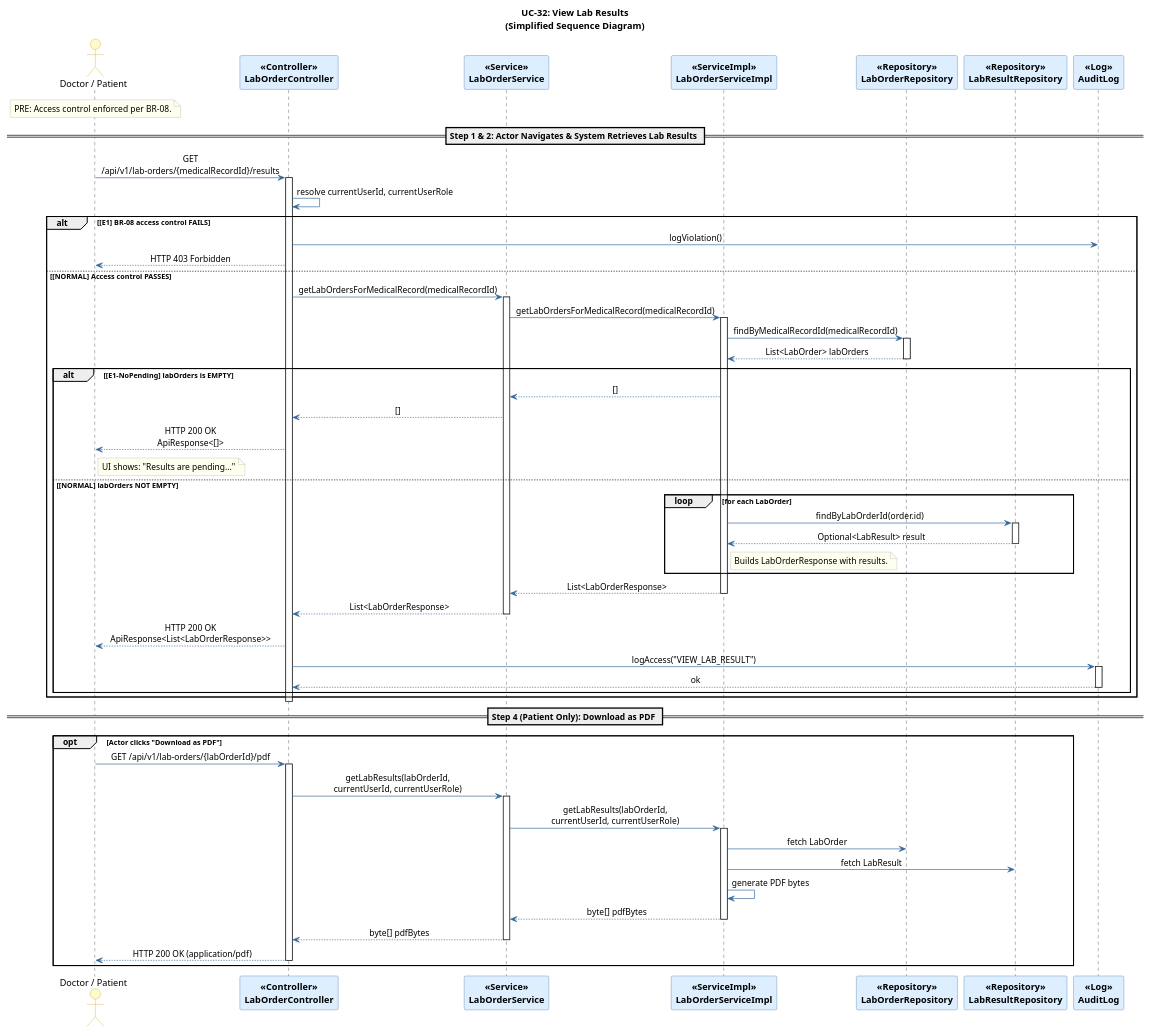
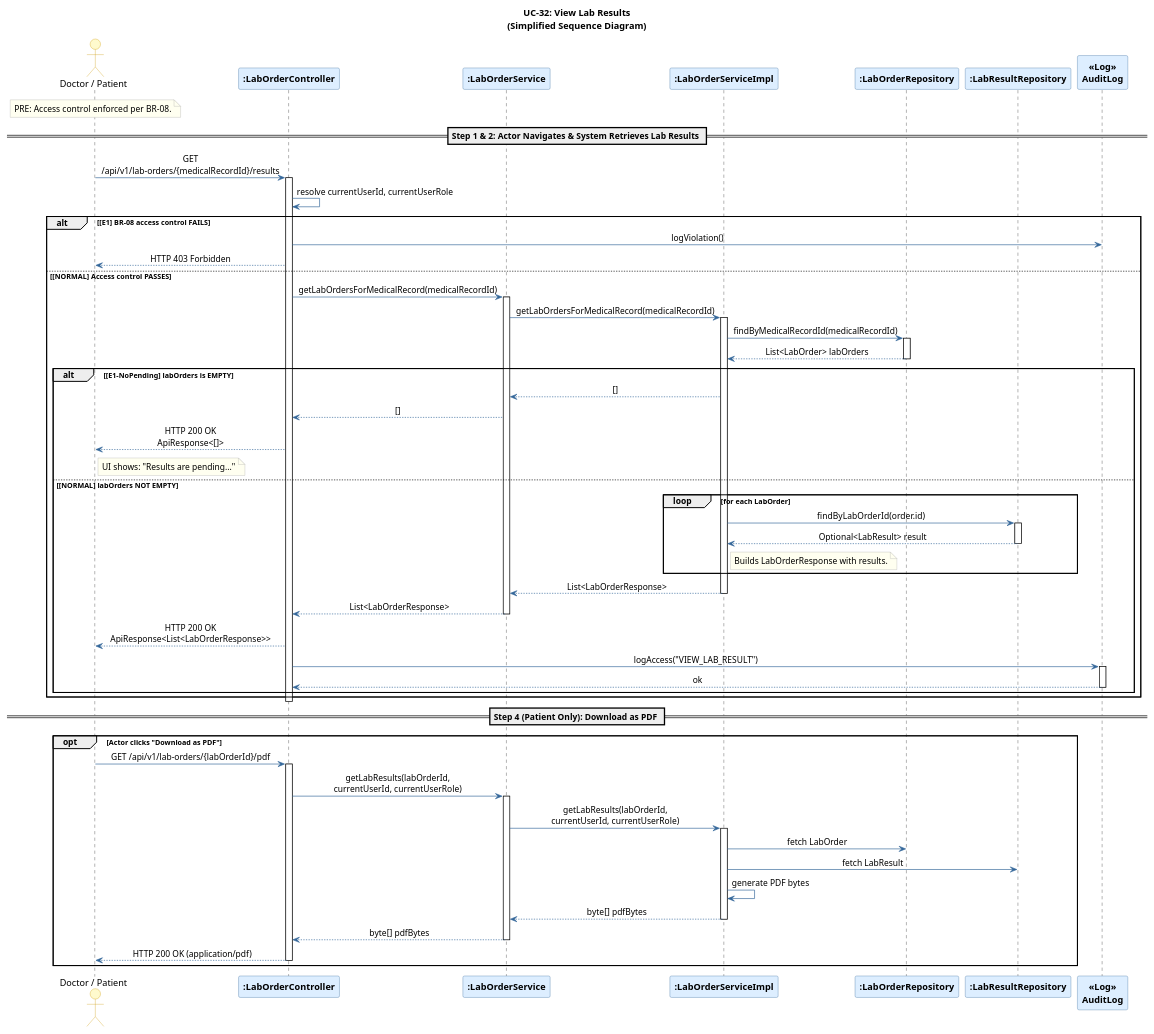
The diagram in docs/diagrams/UC32_ViewLabResults_SequenceDiagram.puml (Dmh304/Clinic-Management-System), drawn with PlantUML before and after one commit. The commit also changed 28 other files, not shown here.

```diff
--- a/docs/diagrams/UC32_ViewLabResults_SequenceDiagram.puml
+++ b/docs/diagrams/UC32_ViewLabResults_SequenceDiagram.puml
@@ -1,120 +1,120 @@
 @startuml UC32_ViewLabResults_SequenceDiagram
 <style>
 document {
   ParticipantPadding 10
   BoxPadding 10
 }
 </style>
 
 skinparam sequenceMessageAlign center
 skinparam responseMessageBelowArrow true
 skinparam maxMessageSize 250
 
 skinparam participant {
     BackgroundColor #DDEEFF
     BorderColor     #336699
     FontStyle       bold
 }
 skinparam actor {
     BackgroundColor #FFFACD
     BorderColor     #CC9900
 }
 skinparam note {
     BackgroundColor #FFFFF0
     BorderColor     #AAAAAA
 }
 skinparam ArrowColor #336699
 skinparam LifeLineBorderColor #336699
 
 title UC-32: View Lab Results\n(Simplified Sequence Diagram)
 
 actor       "Doctor / Patient"                                  as Actor
-participant "<<Controller>>\nLabOrderController"           as LC
-participant "<<Service>>\nLabOrderService"               as LS
-participant "<<ServiceImpl>>\nLabOrderServiceImpl"       as LSImpl
-participant "<<Repository>>\nLabOrderRepository"                as LORepo
-participant "<<Repository>>\nLabResultRepository"               as LRRepo
+participant ":LabOrderController"           as LC
+participant ":LabOrderService"               as LS
+participant ":LabOrderServiceImpl"       as LSImpl
+participant ":LabOrderRepository"                as LORepo
+participant ":LabResultRepository"               as LRRepo
 participant "<<Log>>\nAuditLog"                                 as Audit
 
 note over Actor
   PRE: Access control enforced per BR-08.
 end note
 
 == Step 1 & 2: Actor Navigates & System Retrieves Lab Results ==
 Actor -> LC : GET /api/v1/lab-orders/{medicalRecordId}/results
 activate LC
 
 LC -> LC : resolve currentUserId, currentUserRole
 
 alt [E1] BR-08 access control FAILS
     LC -> Audit : logViolation()
     LC --> Actor : HTTP 403 Forbidden
 else [NORMAL] Access control PASSES
     LC -> LS : getLabOrdersForMedicalRecord(medicalRecordId)
     activate LS
     LS -> LSImpl : getLabOrdersForMedicalRecord(medicalRecordId)
     activate LSImpl
 
     LSImpl -> LORepo : findByMedicalRecordId(medicalRecordId)
     activate LORepo
     LORepo --> LSImpl : List<LabOrder> labOrders
     deactivate LORepo
 
     alt [E1-NoPending] labOrders is EMPTY
         LSImpl --> LS : []
         LS --> LC : []
         LC --> Actor : HTTP 200 OK\nApiResponse<[]>
         note right of Actor
           UI shows: "Results are pending..."
         end note
     else [NORMAL] labOrders NOT EMPTY
         loop for each LabOrder
             LSImpl -> LRRepo : findByLabOrderId(order.id)
             activate LRRepo
             LRRepo --> LSImpl : Optional<LabResult> result
             deactivate LRRepo
 
             note right of LSImpl
               Builds LabOrderResponse with results.
             end note
         end
 
         LSImpl --> LS : List<LabOrderResponse>
         deactivate LSImpl
         LS --> LC : List<LabOrderResponse>
         deactivate LS
 
         LC --> Actor : HTTP 200 OK\nApiResponse<List<LabOrderResponse>>
         
         LC -> Audit : logAccess("VIEW_LAB_RESULT")
         activate Audit
         Audit --> LC : ok
         deactivate Audit
         
     end
 end
 deactivate LC
 
 == Step 4 (Patient Only): Download as PDF ==
 opt Actor clicks "Download as PDF"
     Actor -> LC : GET /api/v1/lab-orders/{labOrderId}/pdf
     activate LC
     LC -> LS : getLabResults(labOrderId, currentUserId, currentUserRole)
     activate LS
     LS -> LSImpl : getLabResults(labOrderId, currentUserId, currentUserRole)
     activate LSImpl
     
     LSImpl -> LORepo : fetch LabOrder
     LSImpl -> LRRepo : fetch LabResult
     LSImpl -> LSImpl : generate PDF bytes
     
     LSImpl --> LS : byte[] pdfBytes
     deactivate LSImpl
     LS --> LC : byte[] pdfBytes
     deactivate LS
     
     LC --> Actor : HTTP 200 OK (application/pdf)
     deactivate LC
 end
 
 @enduml
```
